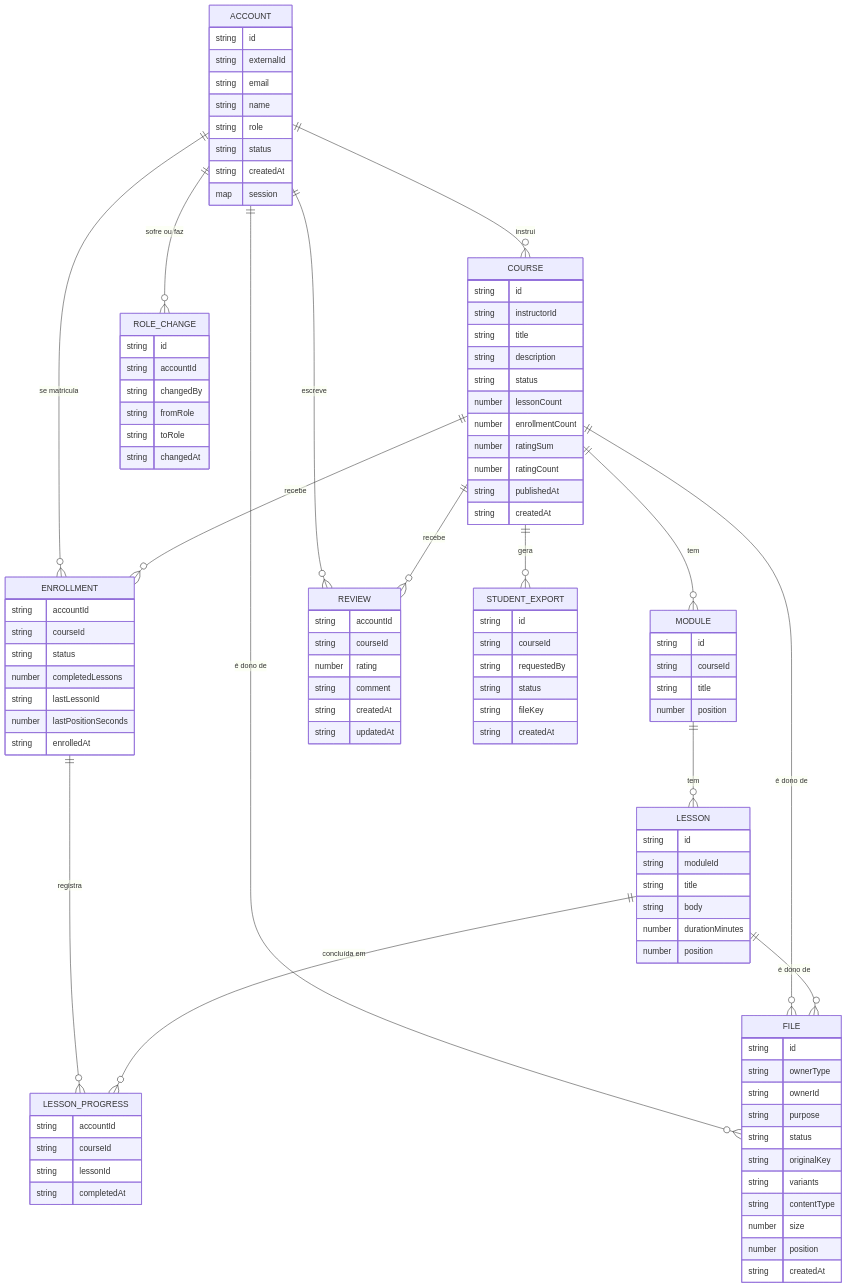
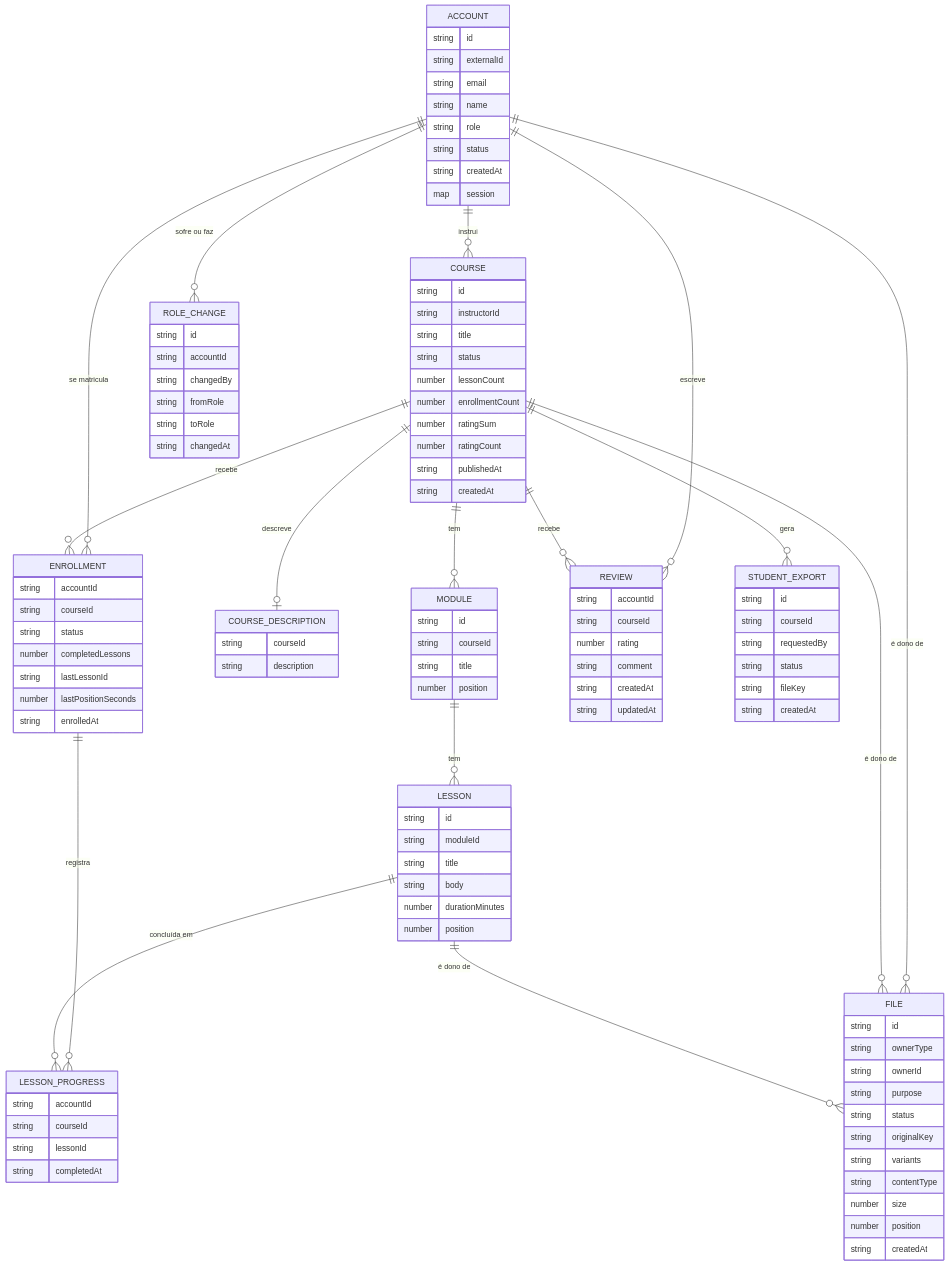
One commit to joaosoarees/coursary changed the diagram in docs/data-model.md. Above: the diagram before and after it, drawn with Mermaid. The commit also changed other lines of this file and 1 other file, not shown here.

Commit message:
docs: record the course description item and its findings

```diff
--- a/docs/data-model.md
+++ b/docs/data-model.md
@@ -13,6 +13,7 @@
   ACCOUNT ||--o{ COURSE : instrui
   ACCOUNT ||--o{ ENROLLMENT : "se matricula"
   COURSE ||--o{ ENROLLMENT : recebe
+  COURSE ||--o| COURSE_DESCRIPTION : descreve
   COURSE ||--o{ MODULE : tem
   MODULE ||--o{ LESSON : tem
   ENROLLMENT ||--o{ LESSON_PROGRESS : registra
@@ -39,7 +40,6 @@
     string id
     string instructorId
     string title
-    string description
     string status
     number lessonCount
     number enrollmentCount
@@ -47,6 +47,10 @@
     number ratingCount
     string publishedAt
     string createdAt
+  }
+  COURSE_DESCRIPTION {
+    string courseId
+    string description
   }
   MODULE {
     string id
```
